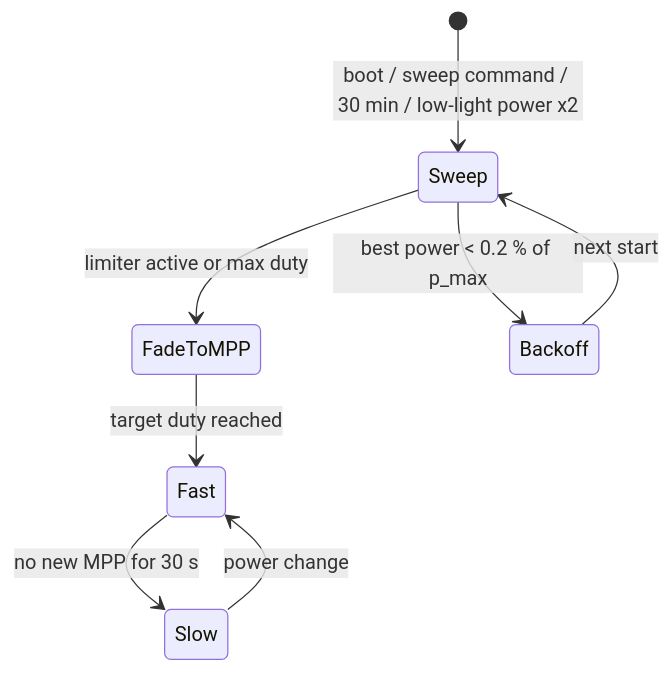
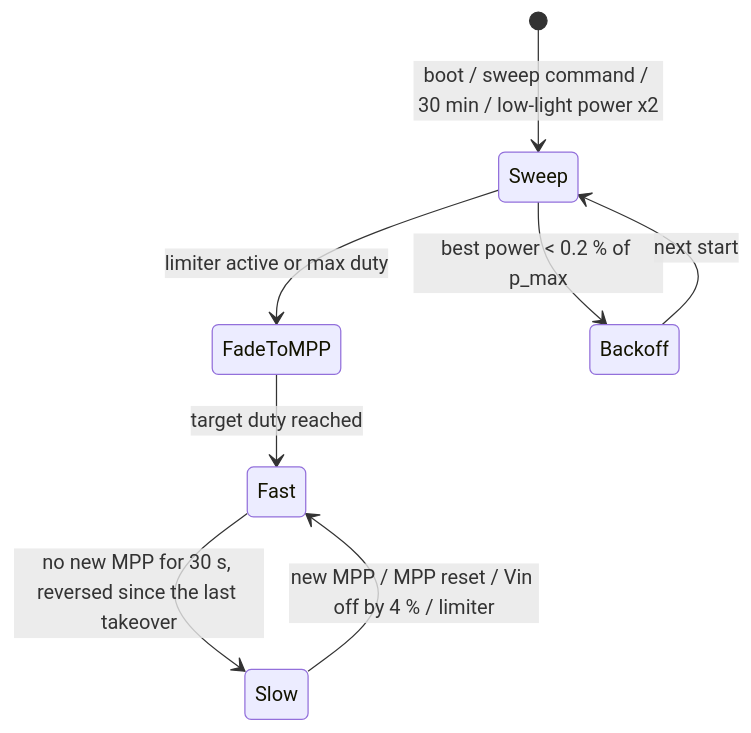
The diagram in website/docs/internals/mppt-tracker.md (fl4p/fugu-mppt-firmware), drawn with Mermaid before and after one commit. The commit also changed other lines of this file and 2 other files, not shown here.

Commit message:
tracker: reset before slow-mode entry, slow mode ends at a hand-back or 4 % Vin from entry (time limit removed), entry step capped at 2 % of duty; simulator-only, not device-tested

````diff
--- a/website/docs/internals/mppt-tracker.md
+++ b/website/docs/internals/mppt-tracker.md
@@ -33,10 +34,10 @@
 ```mermaid
 stateDiagram-v2
     [*] --> Sweep: boot / sweep command / 30 min / low-light power x2
     Sweep --> FadeToMPP: limiter active or max duty
     Sweep --> Backoff: best power < 0.2 % of p_max
     FadeToMPP --> Fast: target duty reached
-    Fast --> Slow: no new MPP for 30 s
-    Slow --> Fast: power change
+    Fast --> Slow: no new MPP for 30 s, reversed since the last takeover
+    Slow --> Fast: new MPP / MPP reset / Vin off by 4 % / limiter
     Backoff --> Sweep: next start
 ```
````
